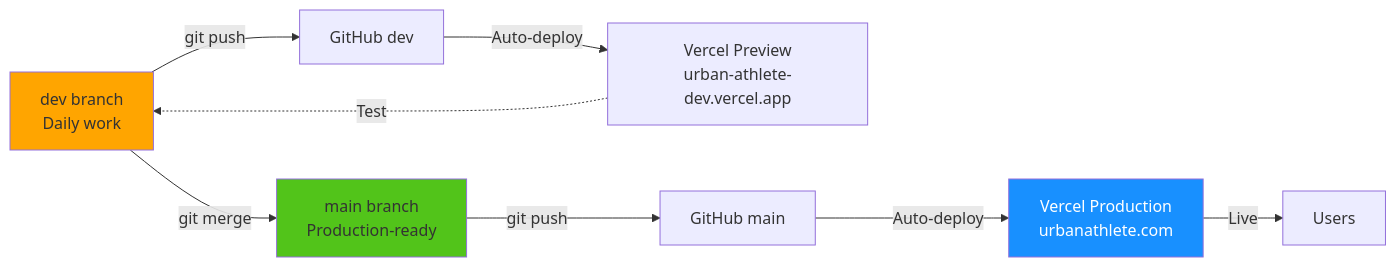
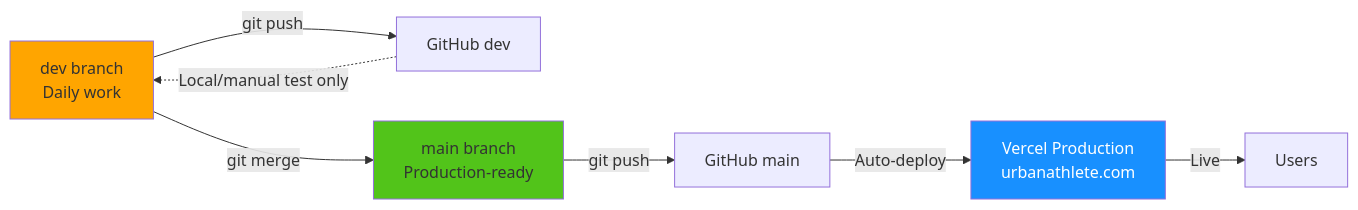
Before and after one commit to Paolo-Perazzolo/urban-athlete-platform: the seventh of 7 diagrams in docs/06-system-architecture-diagram.md, drawn with Mermaid. The commit also changed 5 other files, not shown here.

````diff
--- a/docs/06-system-architecture-diagram.md
+++ b/docs/06-system-architecture-diagram.md
@@ -381,16 +381,15 @@
 ```mermaid
 graph LR
     DEV[dev branch<br/>Daily work] -->|git push| GH_DEV[GitHub dev]
-    GH_DEV -->|Auto-deploy| VERCEL_DEV[Vercel Preview<br/>urban-athlete-dev.vercel.app]
-    
+
     DEV -->|git merge| MAIN[main branch<br/>Production-ready]
     MAIN -->|git push| GH_MAIN[GitHub main]
     GH_MAIN -->|Auto-deploy| VERCEL_PROD[Vercel Production<br/>urbanathlete.com]
-    
-    VERCEL_DEV -.->|Test| DEV
+
+    GH_DEV -.->|Local/manual test only| DEV
     VERCEL_PROD -->|Live| USERS[Users]
 
     style DEV fill:#ffa500
     style MAIN fill:#52c41a
     style VERCEL_PROD fill:#1890ff,color:#fff
 ```
````
